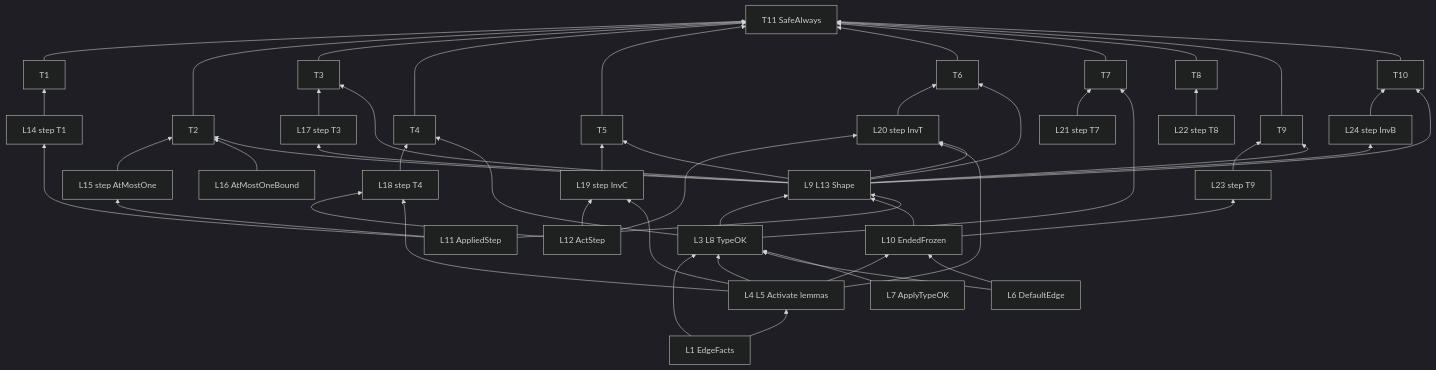
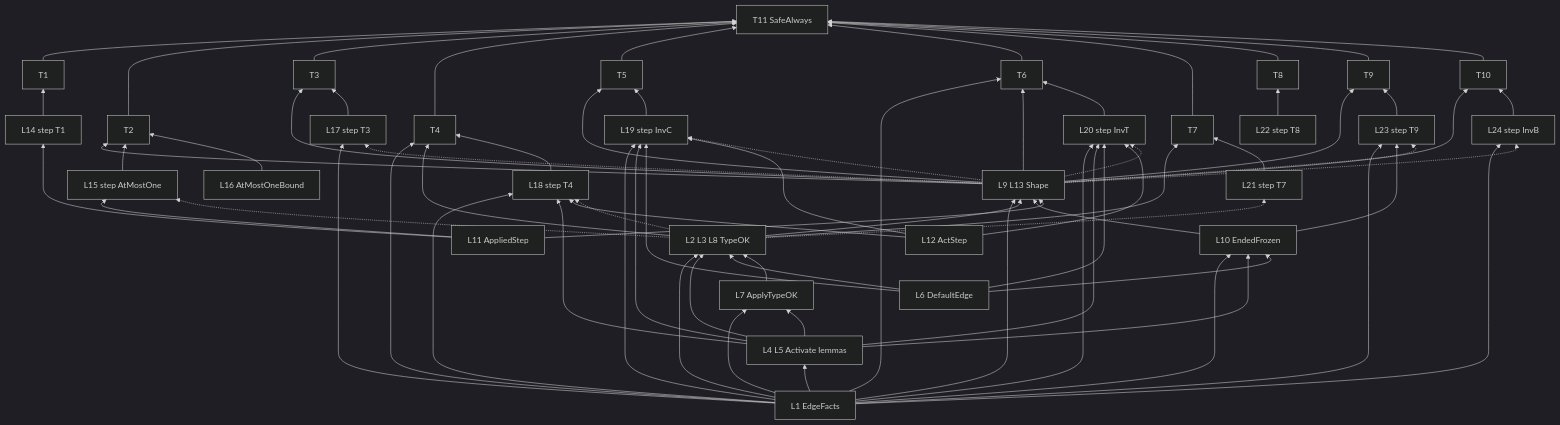
The diagram in derived/topak-blueprint-Workflow-2026.11.21.md (scottcochran/TOPAK), drawn with Mermaid (dark theme) before and after one commit. The commit also changed other lines of this file, not shown here.

Commit message:
derived: redraw the Workflow blueprint's graph from the proof's citations
The hand-drawn graph left out fourteen citations, eleven of them of
EdgeFacts, and drew three hypotheses as citations. It is redrawn from
the module's BY lines, with the hypotheses dashed.

Claude-Session: https://claude.ai/code/session_01WEYzod8rJHJtgY6BxiwenR

````diff
--- a/derived/topak-blueprint-Workflow-2026.11.21.md
+++ b/derived/topak-blueprint-Workflow-2026.11.21.md
@@ -59,47 +63,89 @@
 ```mermaid
 graph BT
-  F[L1 EdgeFacts] --> A[L4 L5 Activate lemmas]
-  F --> Y[L3 L8 TypeOK]
+  F[L1 EdgeFacts]
+  Y[L2 L3 L8 TypeOK]
+  A[L4 L5 Activate lemmas]
+  DE[L6 DefaultEdge]
+  AP[L7 ApplyTypeOK]
+  SH[L9 L13 Shape]
+  EF[L10 EndedFrozen]
+  AS[L11 AppliedStep]
+  AC[L12 ActStep]
+  N1[L14 step T1]
+  N2[L15 step AtMostOne]
+  L16[L16 AtMostOneBound]
+  N3[L17 step T3]
+  N4[L18 step T4]
+  N5[L19 step InvC]
+  N6[L20 step InvT]
+  N7[L21 step T7]
+  N8[L22 step T8]
+  N9[L23 step T9]
+  N10[L24 step InvB]
+  T1
+  T2
+  T3
+  T4
+  T5
+  T6
+  T7
+  T8
+  T9
+  T10
+  T11[T11 SafeAlways]
+  F --> Y
   A --> Y
-  DE[L6 DefaultEdge] --> Y
-  AP[L7 ApplyTypeOK] --> Y
-  A --> EF[L10 EndedFrozen]
+  DE --> Y
+  AP --> Y
+  F --> A
+  F --> AP
+  A --> AP
+  F --> SH
+  Y --> SH
+  EF --> SH
+  AS --> SH
+  F --> EF
+  A --> EF
   DE --> EF
-  Y --> SH[L9 L13 Shape]
-  EF --> SH
-  AS[L11 AppliedStep] --> SH
-  AS --> N1[L14 step T1]
-  AS --> N2[L15 step AtMostOne]
-  SH --> N3[L17 step T3]
-  AC[L12 ActStep] --> N4[L18 step T4]
+  AS --> N1
+  AS --> N2
+  F --> N3
+  F --> N4
   A --> N4
-  AC --> N5[L19 step InvC]
-  AC --> N6[L20 step InvT]
+  AC --> N4
+  F --> N5
   A --> N5
+  DE --> N5
+  AC --> N5
+  F --> N6
   A --> N6
-  SH --> N6
-  EF --> N9[L23 step T9]
-  SH --> N10[L24 step InvB]
+  DE --> N6
+  AC --> N6
+  F --> N9
+  EF --> N9
+  F --> N10
   N1 --> T1
+  SH --> T2
   N2 --> T2
-  L16[L16 AtMostOneBound] --> T2
+  L16 --> T2
+  SH --> T3
   N3 --> T3
+  F --> T4
+  Y --> T4
   N4 --> T4
+  SH --> T5
   N5 --> T5
+  F --> T6
+  SH --> T6
   N6 --> T6
-  N7[L21 step T7] --> T7
-  N8[L22 step T8] --> T8
+  Y --> T7
+  N7 --> T7
+  N8 --> T8
+  SH --> T9
   N9 --> T9
+  SH --> T10
   N10 --> T10
-  Y --> T4
-  Y --> T7
-  SH --> T2
-  SH --> T3
-  SH --> T5
-  SH --> T6
-  SH --> T9
-  SH --> T10
-  T1 --> T11[T11 SafeAlways]
+  T1 --> T11
   T2 --> T11
   T3 --> T11
   T4 --> T11
@@ -109,4 +155,12 @@
   T8 --> T11
   T9 --> T11
   T10 --> T11
+  Y -.-> N2
+  SH -.-> N3
+  Y -.-> N4
+  SH -.-> N5
+  SH -.-> N6
+  Y -.-> N7
+  SH -.-> N9
+  SH -.-> N10
 ```
````
